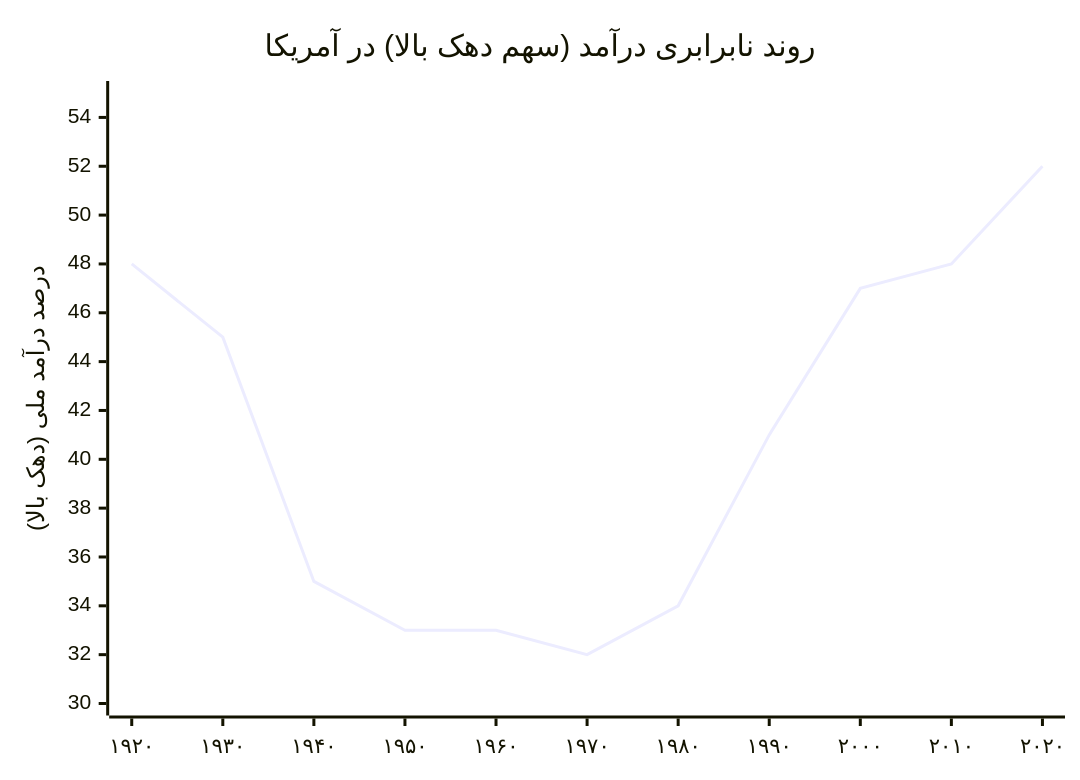
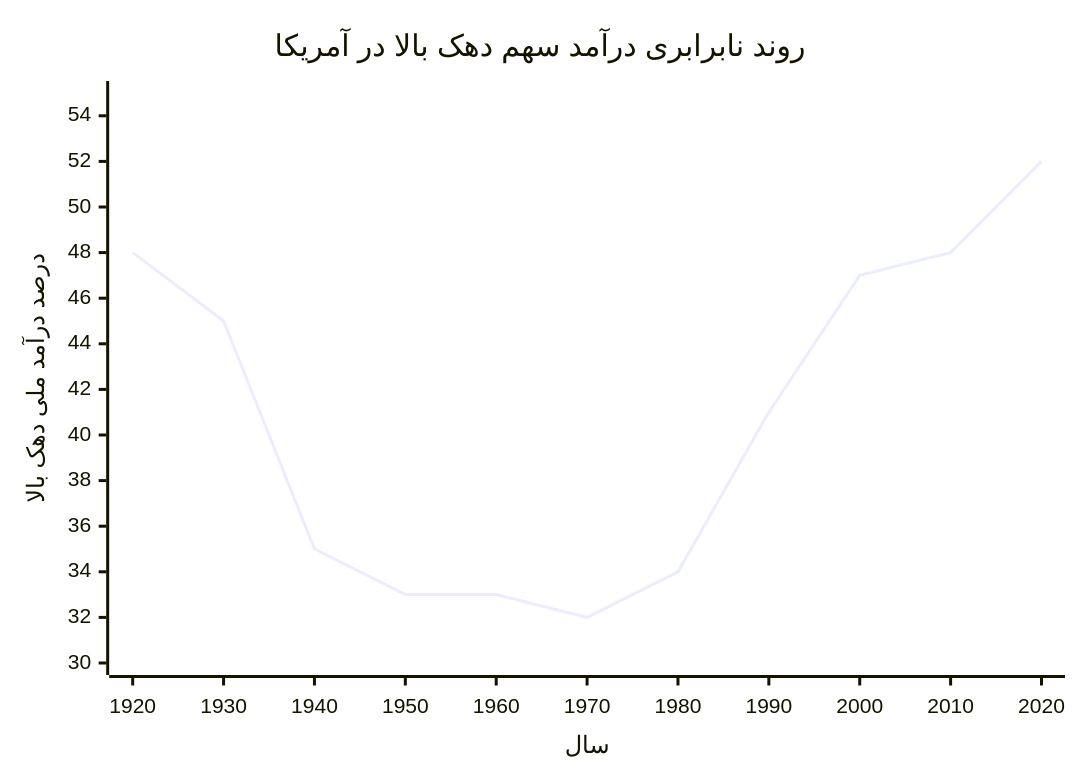
Before and after one commit to mahhdy/MahdiSalem.com: the tenth of 25 diagrams in src/content/articles/fa/راست یا چپ در این میانه کجاست.mdx, drawn with Mermaid. The commit also changed other lines of this file and 37 other files, not shown here.

Commit message:
Fix Mermaid diagram interactions, styling, and fullscreen zooming

````diff
--- a/src/content/articles/fa/راست یا چپ در این میانه کجاست.mdx
+++ b/src/content/articles/fa/راست یا چپ در این میانه کجاست.mdx
@@ -1213,7 +1213,7 @@
 ```mermaid
 xychart-beta
-    title "روند نابرابری درآمد (سهم دهک بالا) در آمریکا"
-    x-axis ["۱۹۲۰","۱۹۳۰","۱۹۴۰","۱۹۵۰","۱۹۶۰","۱۹۷۰","۱۹۸۰","۱۹۹۰","۲۰۰۰","۲۰۱۰","۲۰۲۰"]
-    y-axis "درصد درآمد ملی (دهک بالا)" 30 --> 55
+    title "روند نابرابری درآمد سهم دهک بالا در آمریکا"
+    x-axis "سال" [1920, 1930, 1940, 1950, 1960, 1970, 1980, 1990, 2000, 2010, 2020]
+    y-axis "درصد درآمد ملی دهک بالا" 30 --> 55
     line [48, 45, 35, 33, 33, 32, 34, 41, 47, 48, 52]
 ```
````
